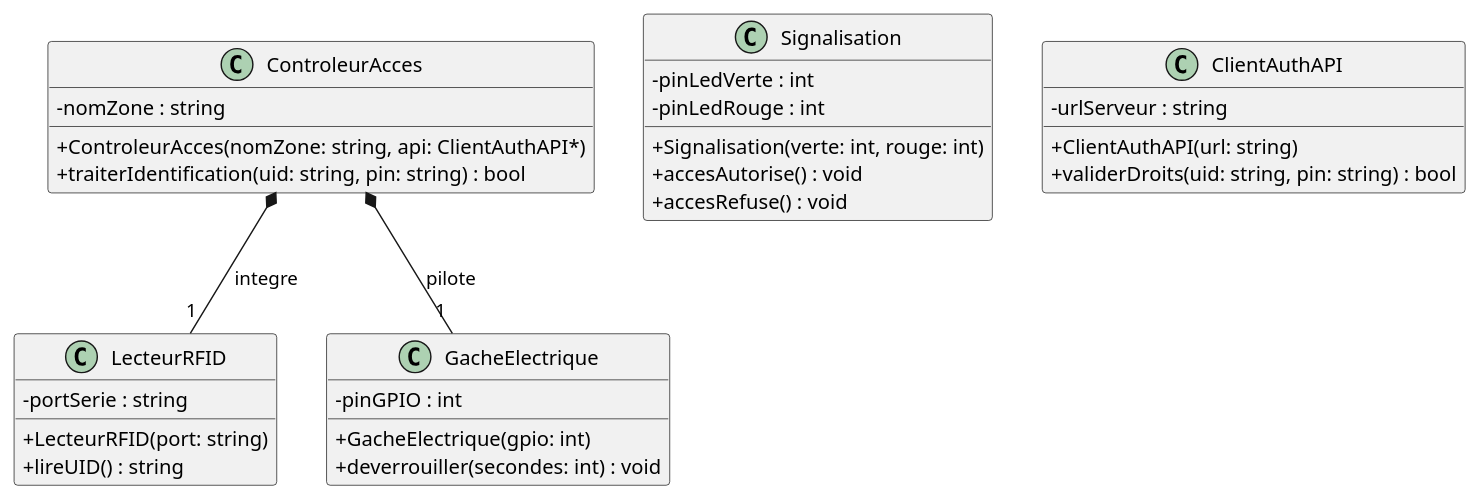
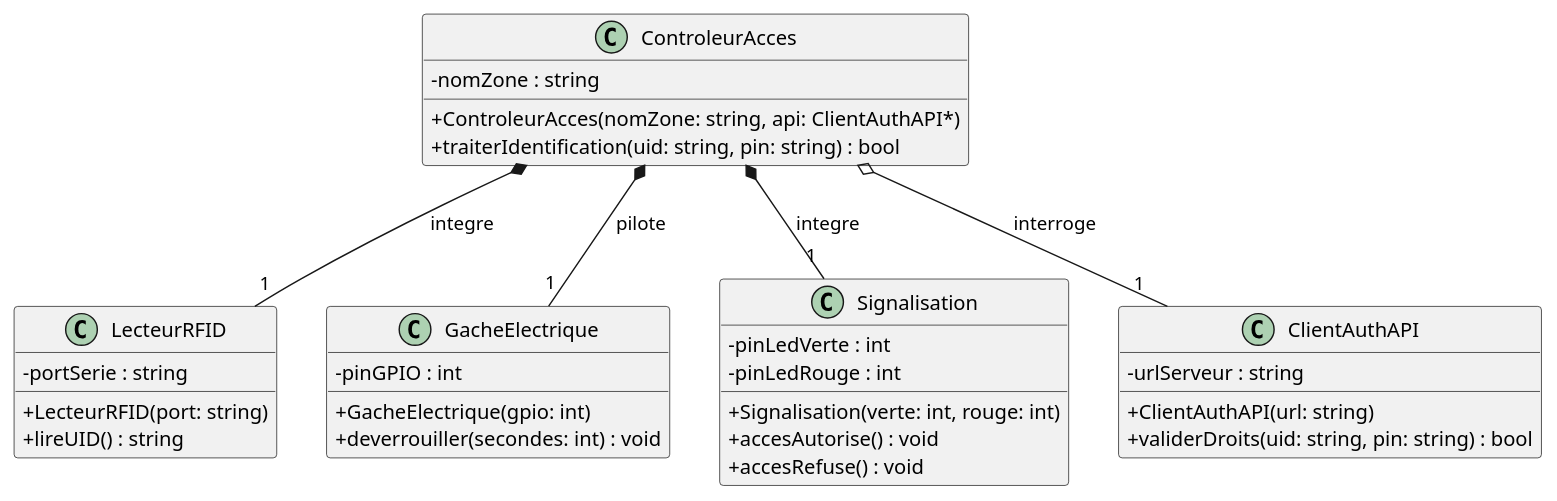
Before and after one commit to CIEL2-JR-PROGRAMMATION/uml: the diagram in tp-exercices/tp4-projet-synthese-controle-acces/controle_acces_classes.puml, drawn with PlantUML. The commit also changed 8 other files, not shown here.

```diff
--- a/tp-exercices/tp4-projet-synthese-controle-acces/controle_acces_classes.puml
+++ b/tp-exercices/tp4-projet-synthese-controle-acces/controle_acces_classes.puml
@@ -1,58 +1,56 @@
 @startuml
 ' TP 4 : Diagramme de Classes - Contrôle d'Accès Sécurisé
 skinparam classAttributeIconSize 0
 
 class LecteurRFID {
     - portSerie : string
     + LecteurRFID(port: string)
     + lireUID() : string
 }
 
 class GacheElectrique {
     - pinGPIO : int
     + GacheElectrique(gpio: int)
     + deverrouiller(secondes: int) : void
 }
 
 class Signalisation {
     - pinLedVerte : int
     - pinLedRouge : int
     + Signalisation(verte: int, rouge: int)
     + accesAutorise() : void
     + accesRefuse() : void
 }
 
 class ClientAuthAPI {
     - urlServeur : string
     + ClientAuthAPI(url: string)
     + validerDroits(uid: string, pin: string) : bool
 }
 
 class ControleurAcces {
     - nomZone : string
     + ControleurAcces(nomZone: string, api: ClientAuthAPI*)
     + traiterIdentification(uid: string, pin: string) : bool
 }
 
 ' Relations déjà fournies (Composition forte des composants matériels soudés) :
 ControleurAcces *-- "1" LecteurRFID      : integre
 ControleurAcces *-- "1" GacheElectrique  : pilote
 
 ' ==============================================================================
 ' TODO 1 : Composition forte (*--)
 ' Le contrôleur intègre en composition forte l'objet Signalisation (cardinalité 1, rôle integre).
 ' Syntaxe générale : ClasseContenant *-- "cardinalite" ClasseContenue : nom_role
 ' ------------------------------------------------------------------------------
-' [ÉCRIVEZ LA COMPOSITION ICI]
-
+ControleurAcces *-- "1" Signalisation : integre
 
 ' ==============================================================================
 ' TODO 2 : Agrégation faible (o--)
 ' Le contrôleur référence le service ClientAuthAPI par pointeur (cardinalité 1, rôle interroge).
 ' (Le serveur API existe indépendamment du contrôleur local)
 ' Syntaxe générale : ClasseContenant o-- "cardinalite" ClasseContenue : nom_role
 ' ------------------------------------------------------------------------------
-' [ÉCRIVEZ L'AGRÉGATION ICI]
-
+ControleurAcces o-- "1" ClientAuthAPI : interroge
 
 @enduml
```
